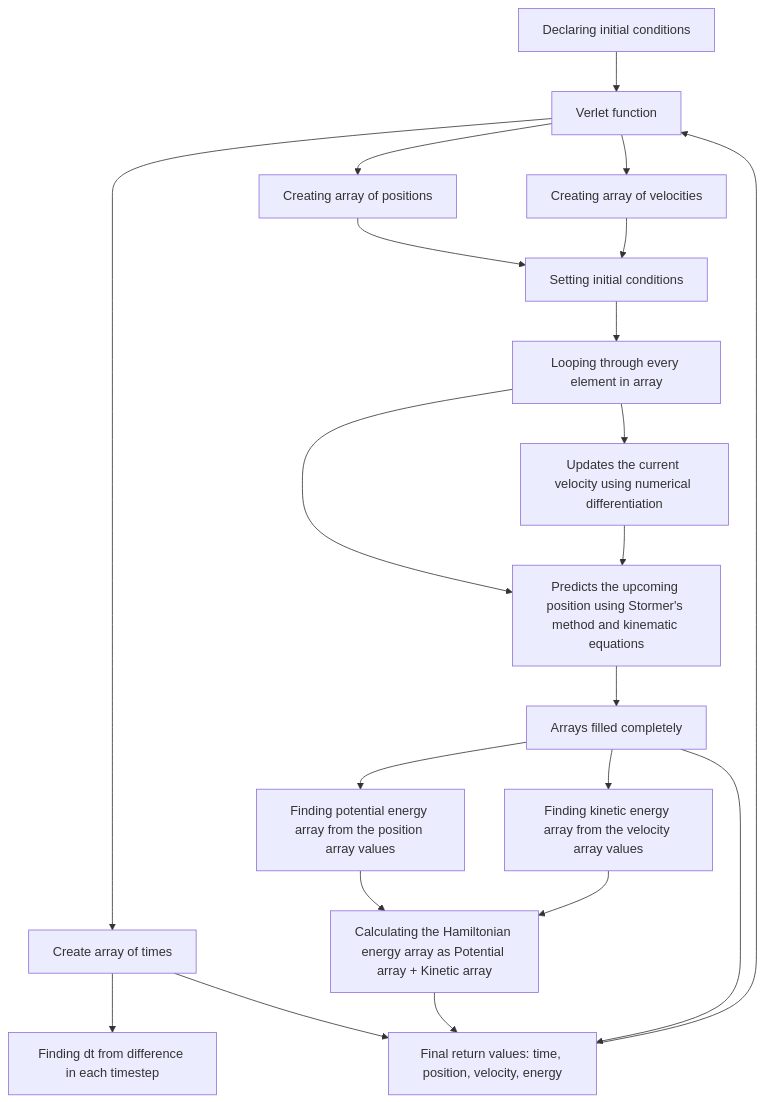
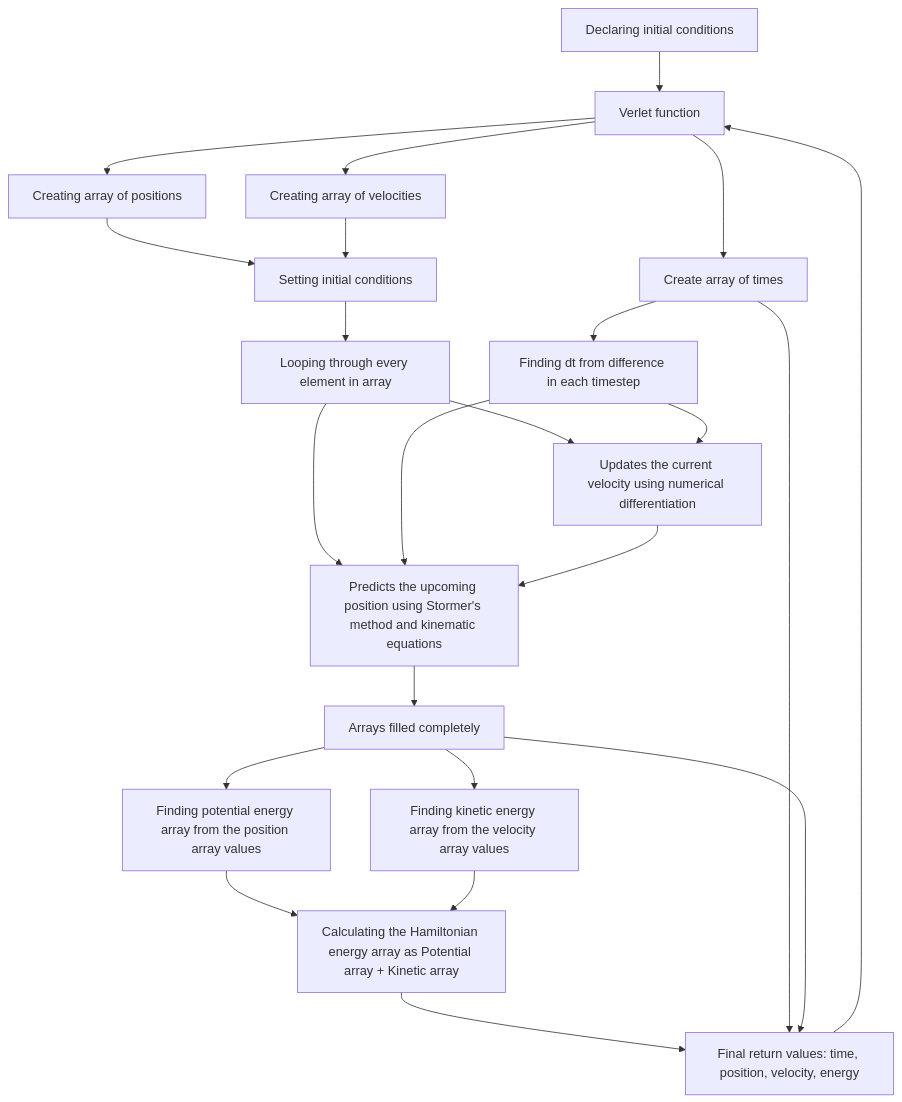
The diagram in p4-ODE/ethanwhite/program/writeup/writeup.md (Mateo4cacheiro/PHYS4130-S25), drawn with Mermaid before and after one commit.

````diff
--- a/p4-ODE/ethanwhite/program/writeup/writeup.md
+++ b/p4-ODE/ethanwhite/program/writeup/writeup.md
@@ -15,25 +15,27 @@
 ```mermaid
     graph TD
         A[Declaring initial conditions] --> B[Verlet function]
         B --> C[Create array of times] --> L[Finding dt from difference in each timestep] 
         B --> D[Creating array of positions]
         B --> E[Creating array of velocities]
         D --> F[Setting initial conditions]
         E --> F
         F --> G[Looping through every element in array]
         G --> H[Predicts the upcoming position using Stormer's method and kinematic equations]
         G --> J[Updates the current velocity using numerical differentiation]
+        L --> H
+        L --> J
         H --> K[Arrays filled completely]
         J --> H
         K --> M[Finding potential energy array from the position array values]
         K --> N[Finding kinetic energy array from the velocity array values]
         M --> P[Calculating the Hamiltonian energy array as Potential array + Kinetic array]
         N --> P
 
         P --> T[Final return values: time, position, velocity, energy]
         C --> T
         K --> T
         T --> B
 
 
 ```
````
